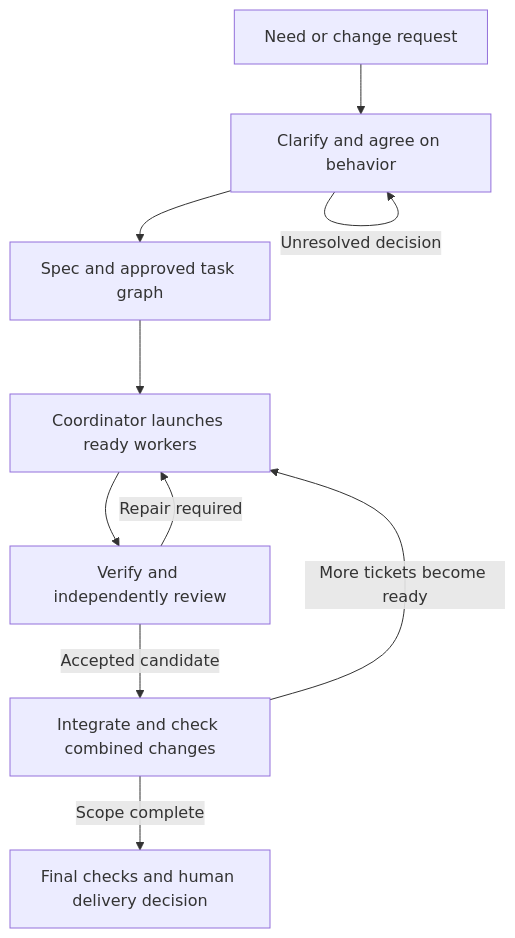
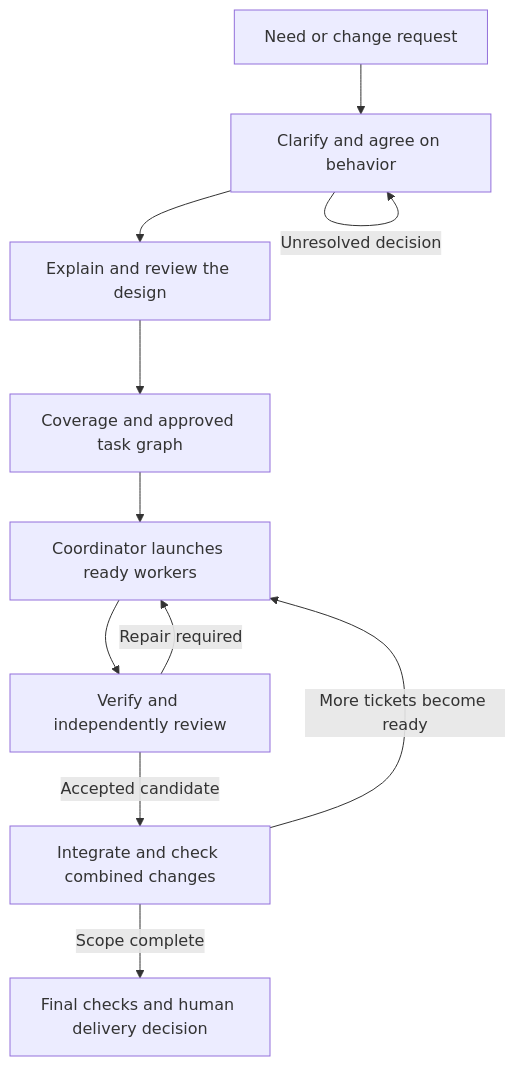
One commit to netname/pi-adapted-mp-skills changed the first of 3 diagrams in docs/MANUAL.md. Above: the diagram before and after it, drawn with Mermaid. The commit also changed other lines of this file and 40 other files, not shown here.

Commit message:
Add reviewed architecture and design readiness before parallel implementation

````diff
--- a/docs/MANUAL.md
+++ b/docs/MANUAL.md
@@ -25,12 +27,13 @@
 ```mermaid
 flowchart TD
     N["Need or change request"] --> P["Clarify and agree on behavior"]
-    P --> S["Spec and approved task graph"]
+    P --> D["Explain and review the design"]
+    D --> S["Coverage and approved task graph"]
     S --> W["Coordinator launches ready workers"]
     W --> V["Verify and independently review"]
     V -->|"Repair required"| W
     V -->|"Accepted candidate"| I["Integrate and check combined changes"]
     I -->|"More tickets become ready"| W
     I -->|"Scope complete"| F["Final checks and human delivery decision"]
     P -->|"Unresolved decision"| P
 ```
````
